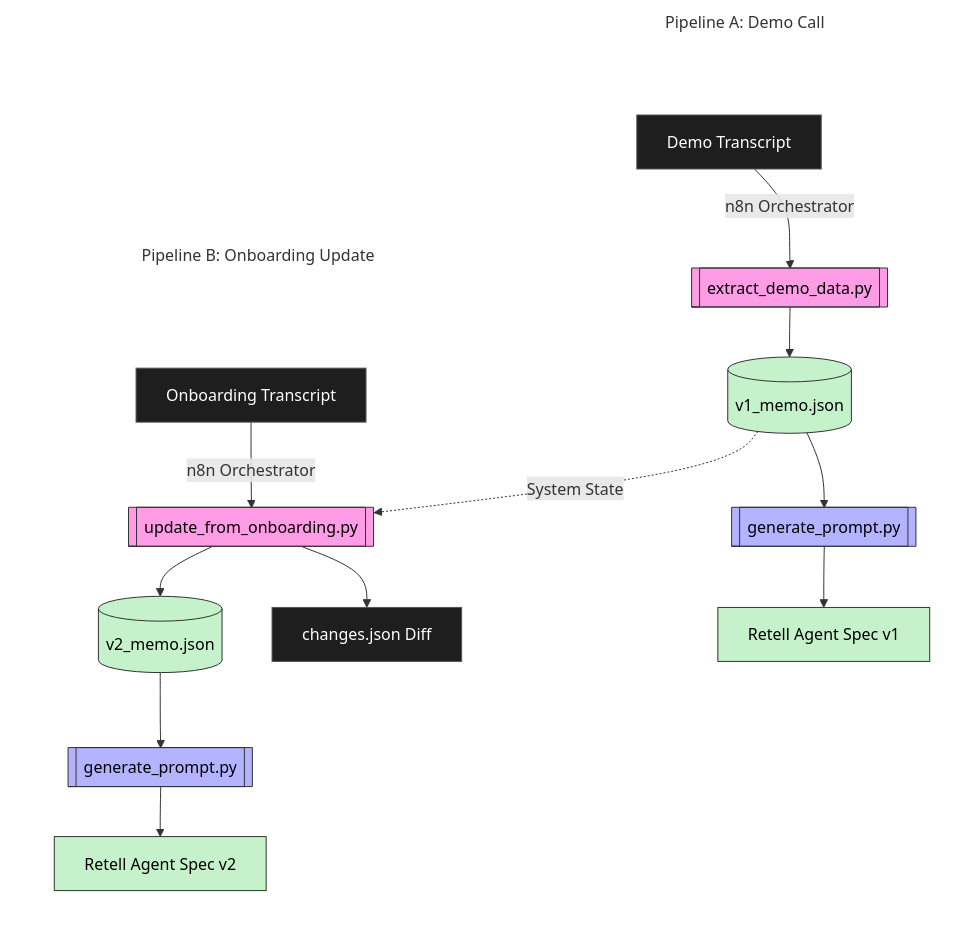
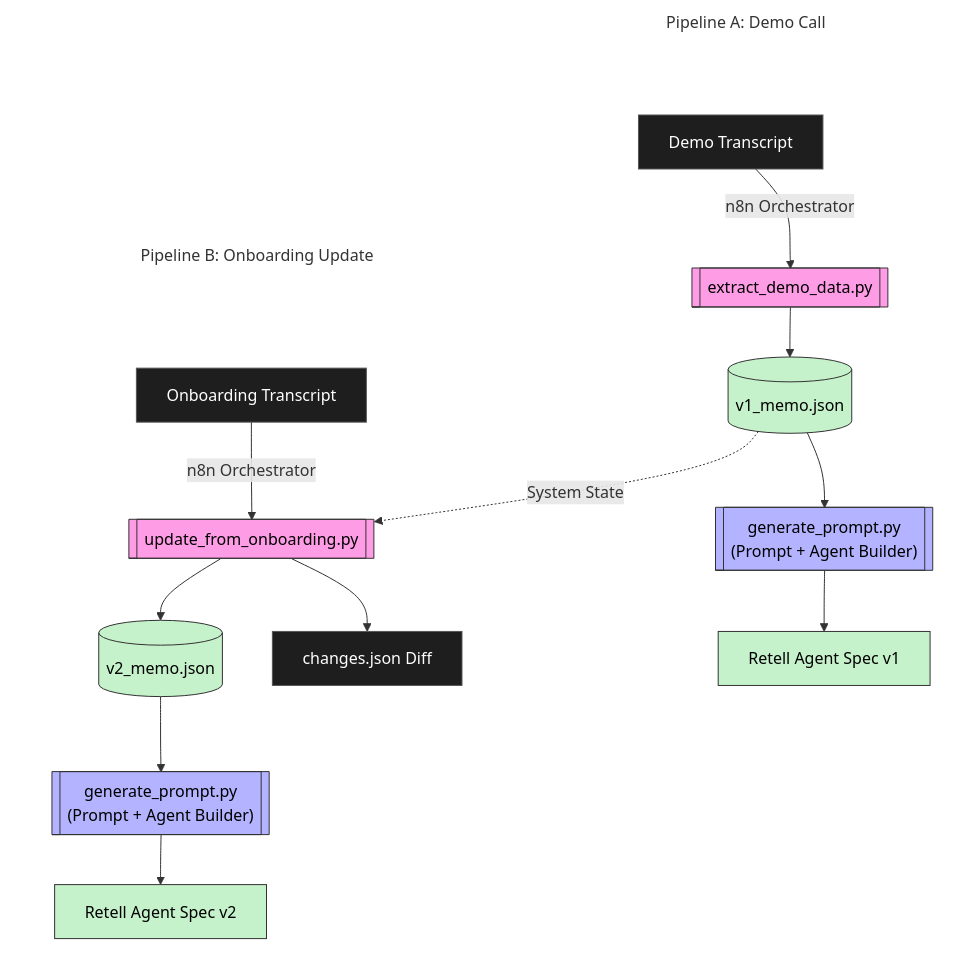
Before and after one commit to Soumik-R/clara-agent-pipeline: the first of 2 diagrams in README.md, drawn with Mermaid. The commit also changed other lines of this file, not shown here.

````diff
--- a/README.md
+++ b/README.md
@@ -37,40 +37,40 @@
 ```mermaid
 graph TD
-    %% Custom Styles inspired by user screenshot
+    %% Custom Styles
     classDef darkNode fill:#1E1E1E,stroke:#555,stroke-width:1px,color:#fff;
     classDef scriptPink fill:#ff9ce6,stroke:#333,stroke-width:1px,color:#000;
     classDef scriptBlue fill:#b3b3ff,stroke:#333,stroke-width:1px,color:#000;
     classDef dataGreen fill:#c6f2cb,stroke:#333,stroke-width:1px,color:#000;
     classDef invis fill:transparent,stroke:transparent,color:transparent;
 
     %% Demo Phase Subgraph
     subgraph DemoPhase ["Pipeline A: Demo Call"]
         Spacer1[ ]:::invis ~~~ A[Demo Transcript]:::darkNode
         A -->|n8n Orchestrator| B[[extract_demo_data.py]]:::scriptPink
         B --> C[(v1_memo.json)]:::dataGreen
-        C --> D[[generate_prompt.py]]:::scriptBlue
+        C --> D[["generate_prompt.py\n(Prompt + Agent Builder)"]]:::scriptBlue
         D --> E[Retell Agent Spec v1]:::dataGreen
     end
 
     %% Onboarding Phase Subgraph
     subgraph OnboardingPhase ["Pipeline B: Onboarding Update"]
         Spacer2[ ]:::invis ~~~ F[Onboarding Transcript]:::darkNode
         F -->|n8n Orchestrator| G[[update_from_onboarding.py]]:::scriptPink
         G --> H[(v2_memo.json)]:::dataGreen
         G --> I[changes.json Diff]:::darkNode
-        H --> J[[generate_prompt.py]]:::scriptBlue
+        H --> J[["generate_prompt.py\n(Prompt + Agent Builder)"]]:::scriptBlue
         J --> K[Retell Agent Spec v2]:::dataGreen
     end
     
     %% Force side-by-side layout naturally
     DemoPhase ~~~ OnboardingPhase
     Spacer1 ~~~ Spacer2
     A ~~~ F
     
     %% Cross-pipeline state connection
     C -. "System State" .-> G
     
     %% Make Subgraph Backgrounds Transparent
     style DemoPhase fill:transparent,stroke:transparent;
     style OnboardingPhase fill:transparent,stroke:transparent;
 ```
````
